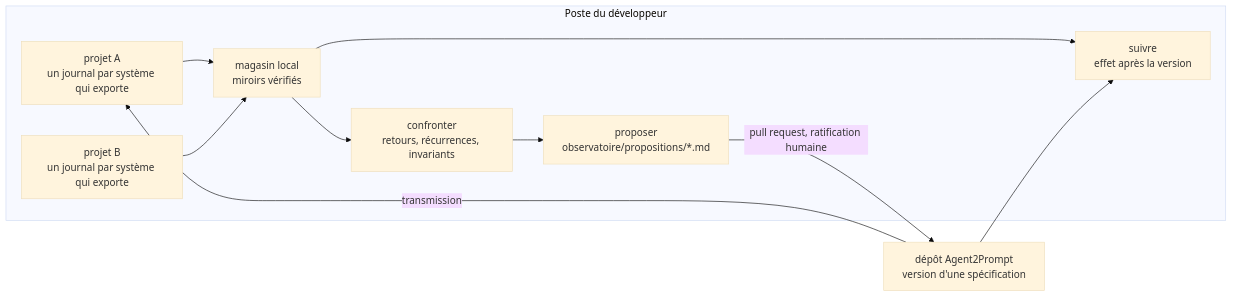
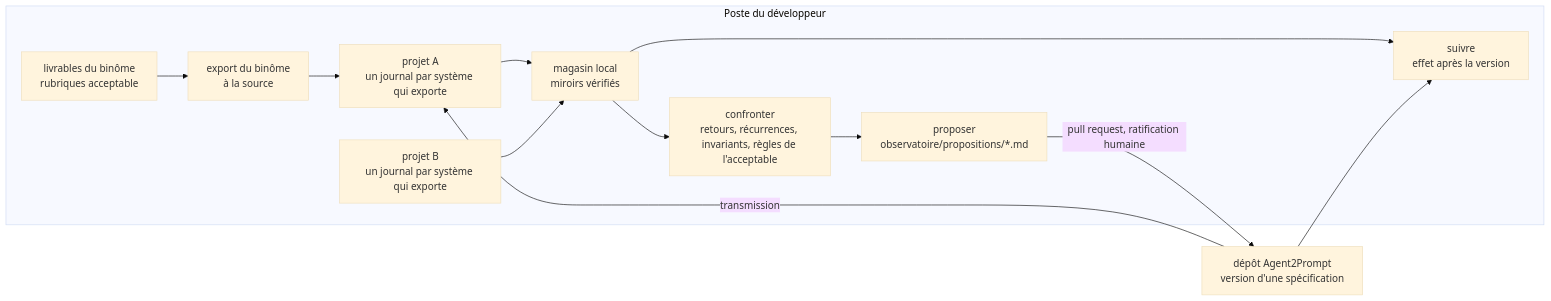
The diagram in specs/observatoire/SKILL.md (FredGarcia/Agent2Prompt), drawn with Mermaid (base theme) before and after one commit. The commit also changed other lines of this file and 98 other files, not shown here.

````diff
--- a/specs/observatoire/SKILL.md
+++ b/specs/observatoire/SKILL.md
@@ -22,13 +24,15 @@
 ```mermaid
 flowchart LR
   subgraph POSTE["Poste du développeur"]
+    L["livrables du binôme<br/>rubriques acceptable"] --> X["export du binôme<br/>à la source"]
+    X --> A
     A["projet A<br/>un journal par système qui exporte"] --> M["magasin local<br/>miroirs vérifiés"]
     B["projet B<br/>un journal par système qui exporte"] --> M
-    M --> C["confronter<br/>retours, récurrences, invariants"]
+    M --> C["confronter<br/>retours, récurrences, invariants, règles de l'acceptable"]
     C --> P["proposer<br/>observatoire/propositions/*.md"]
     M --> S["suivre<br/>effet après la version"]
   end
   P -->|"pull request, ratification humaine"| D["dépôt Agent2Prompt<br/>version d'une spécification"]
   D -->|"transmission"| A
   D --> S
 ```
````
